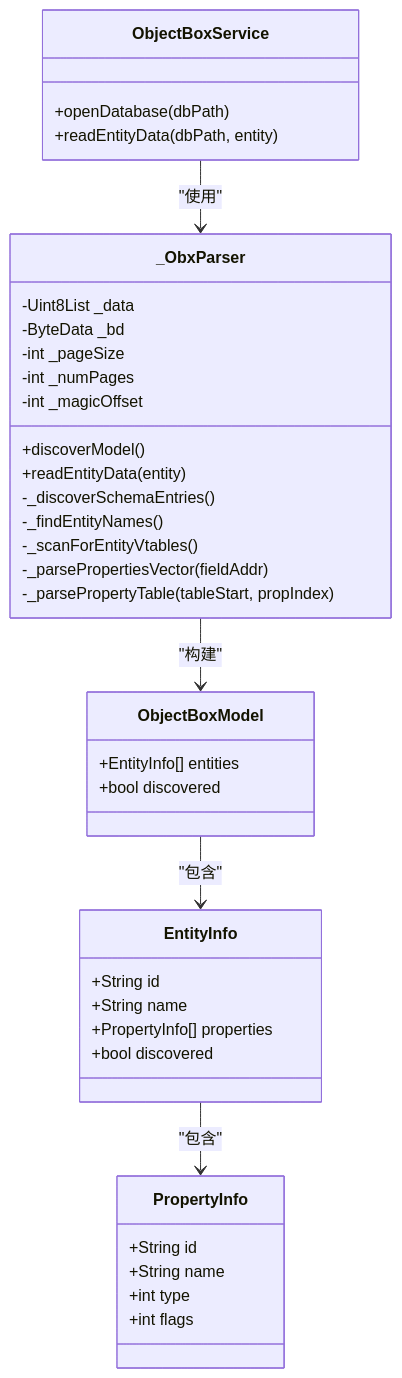
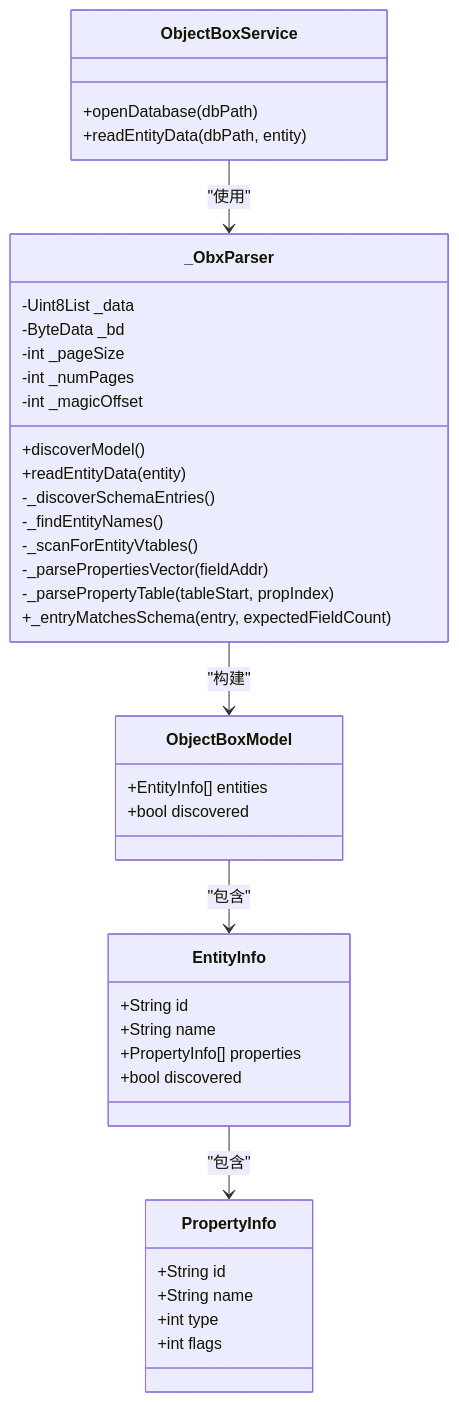
One commit to kongpf8848/objectbox_viewer changed the fourth of 4 diagrams in .qoder/repowiki/zh/content/核心功能/自动发现机制.md. Above: the diagram before and after it, drawn with Mermaid. The commit also changed other lines of this file and 8 other files, not shown here.

````diff
--- a/.qoder/repowiki/zh/content/核心功能/自动发现机制.md
+++ b/.qoder/repowiki/zh/content/核心功能/自动发现机制.md
@@ -302,41 +333,42 @@
 ```mermaid
 classDiagram
 class ObjectBoxService {
 +openDatabase(dbPath)
 +readEntityData(dbPath, entity)
 }
 class _ObxParser {
 -Uint8List _data
 -ByteData _bd
 -int _pageSize
 -int _numPages
 -int _magicOffset
 +discoverModel()
 +readEntityData(entity)
 -_discoverSchemaEntries()
 -_findEntityNames()
 -_scanForEntityVtables()
 -_parsePropertiesVector(fieldAddr)
 -_parsePropertyTable(tableStart, propIndex)
++_entryMatchesSchema(entry, expectedFieldCount)
 }
 class ObjectBoxModel {
 +EntityInfo[] entities
 +bool discovered
 }
 class EntityInfo {
 +String id
 +String name
 +PropertyInfo[] properties
 +bool discovered
 }
 class PropertyInfo {
 +String id
 +String name
 +int type
 +int flags
 }
 ObjectBoxService --> _ObxParser : "使用"
 _ObxParser --> ObjectBoxModel : "构建"
 ObjectBoxModel --> EntityInfo : "包含"
 EntityInfo --> PropertyInfo : "包含"
 ```
````
